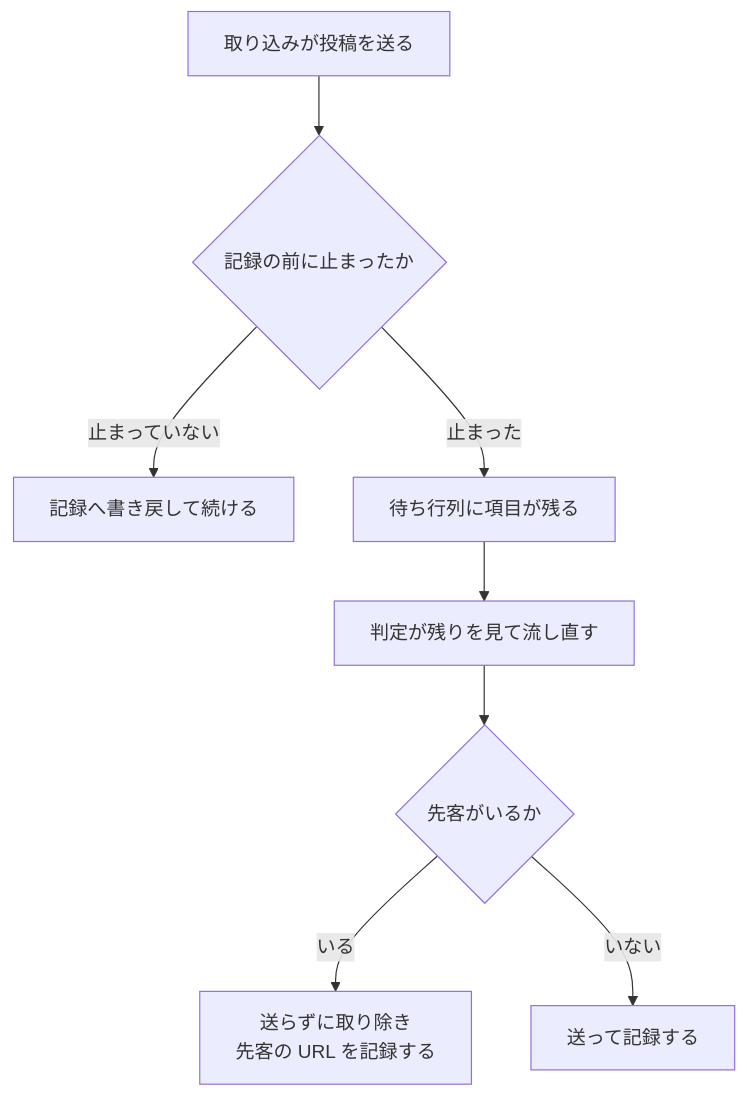
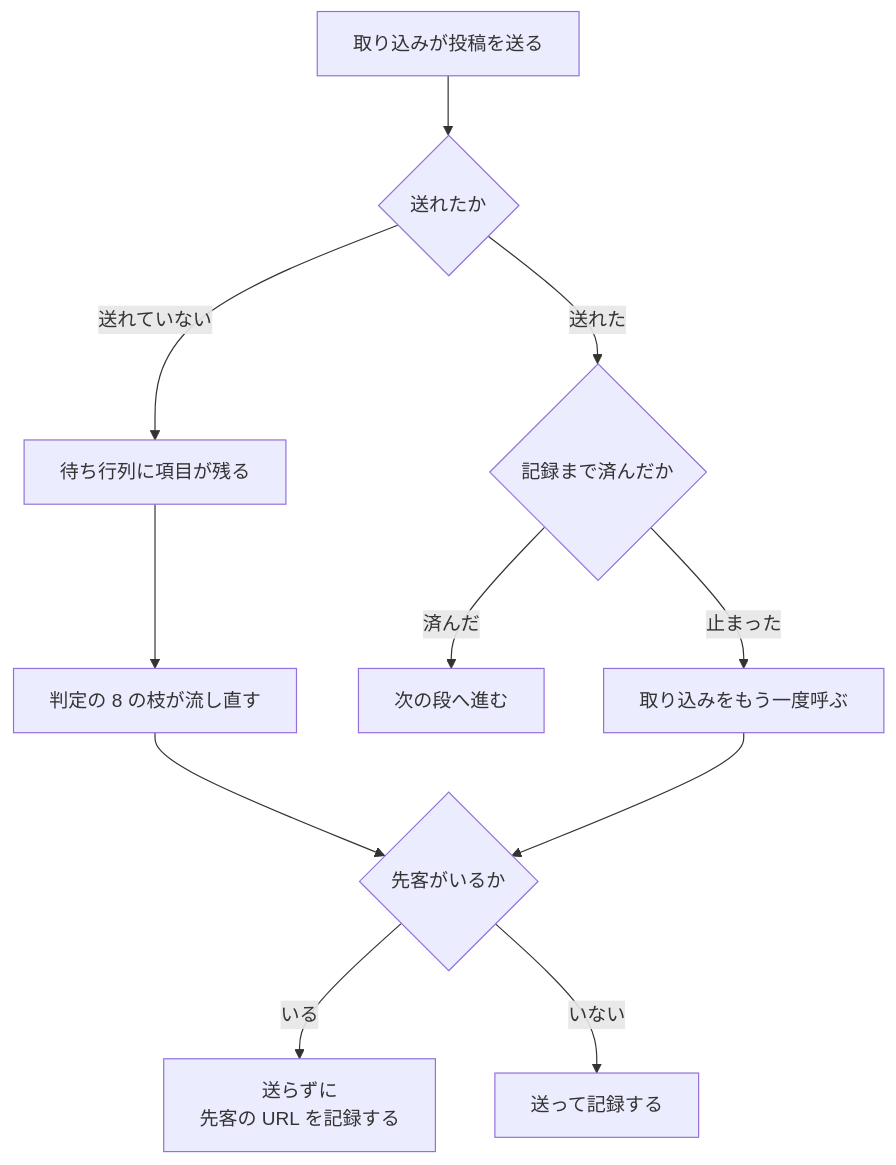
Before and after one commit to devbasex/ai-plugins: the second of 2 diagrams in issues/issue-730-583-design.md, drawn with Mermaid. The commit also changed other lines of this file and 1 other file, not shown here.

First line of the commit message:
Docs: 止まり方の 2 分岐を表と図で書き分け、AC20 を取り込みの経路へ揃える

````diff
--- a/issues/issue-730-583-design.md
+++ b/issues/issue-730-583-design.md
@@ -290,10 +295,13 @@
 ```mermaid
 graph TD
-    A[取り込みが投稿を送る] --> B{記録の前に止まったか}
-    B -->|止まっていない| C[記録へ書き戻して続ける]
-    B -->|止まった| D[待ち行列に項目が残る]
-    D --> E[判定が残りを見て流し直す]
+    A[取り込みが投稿を送る] --> B{送れたか}
+    B -->|送れていない| D[待ち行列に項目が残る]
+    D --> E[判定の 8 の枝が流し直す]
+    B -->|送れた| C{記録まで済んだか}
+    C -->|済んだ| J[次の段へ進む]
+    C -->|止まった| K[取り込みをもう一度呼ぶ]
     E --> F{先客がいるか}
-    F -->|いる| G[送らずに取り除き<br/>先客の URL を記録する]
+    K --> F
+    F -->|いる| G[送らずに<br/>先客の URL を記録する]
     F -->|いない| H[送って記録する]
 ```
````
